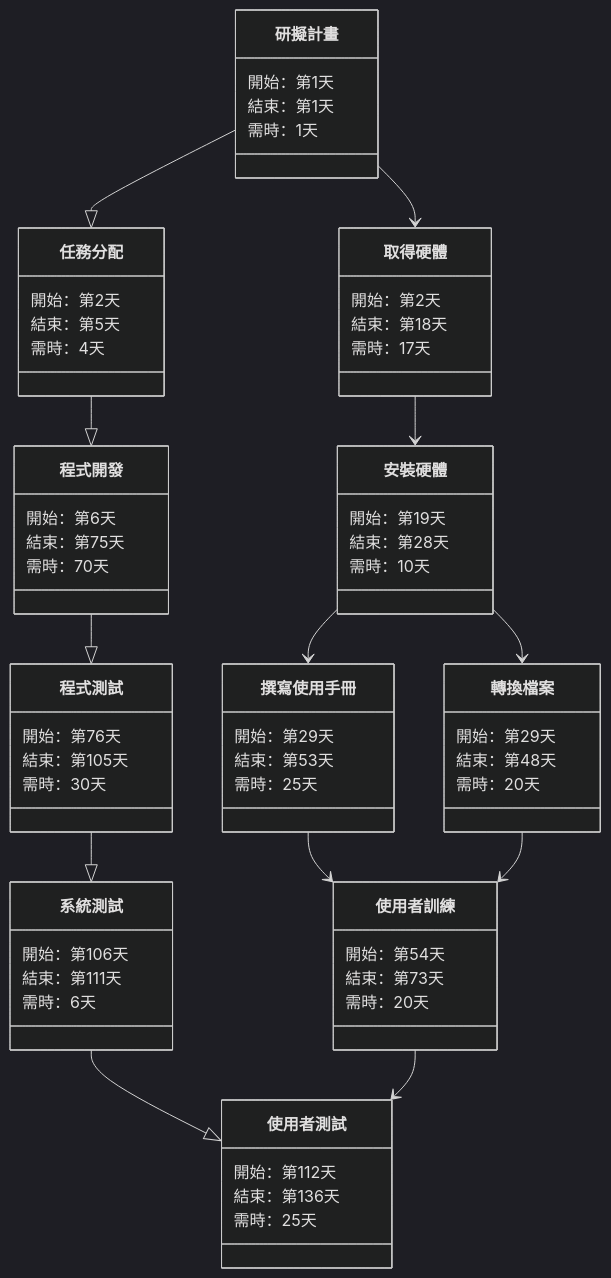
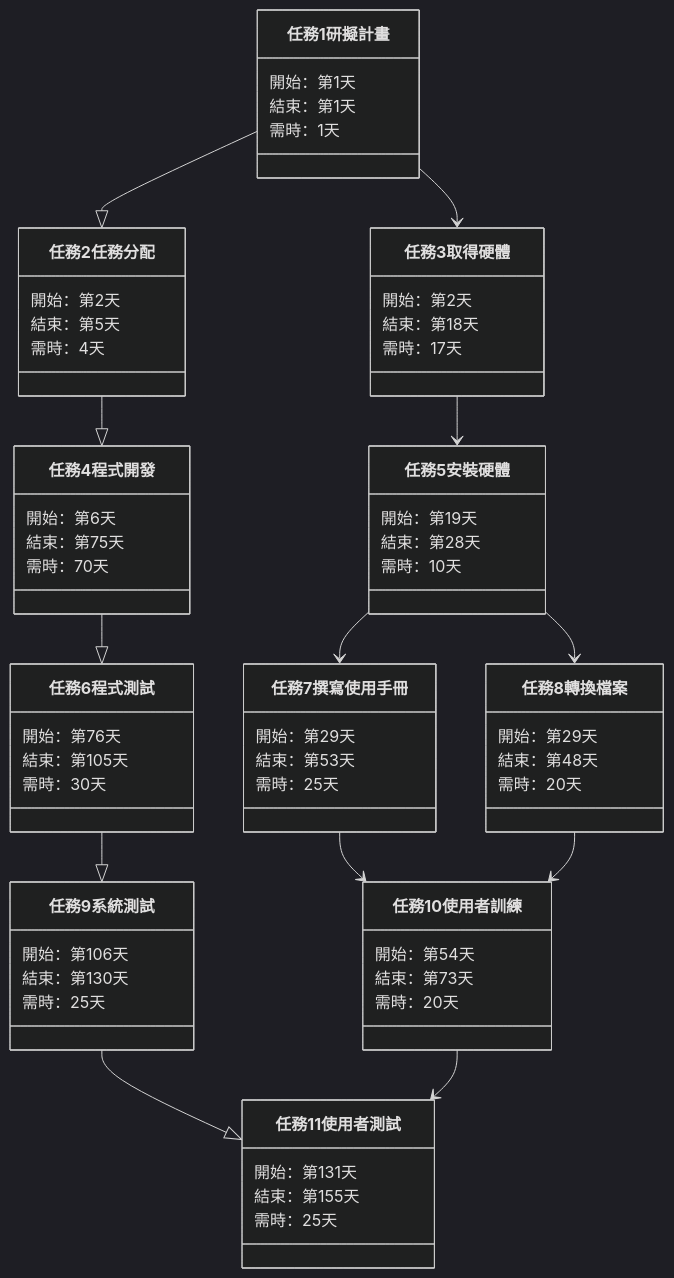
The first of 2 diagrams in hw2.md (LeoLi0807/2022-3a), drawn with Mermaid (dark theme) before and after one commit. The commit also changed other lines of this file, not shown here.

````diff
--- a/hw2.md
+++ b/hw2.md
@@ -1,60 +2,60 @@
 ```mermaid
 classDiagram
 
-研擬計畫 --|> 任務分配
-研擬計畫 --> 取得硬體
-任務分配 --|> 程式開發
-取得硬體 --> 安裝硬體
-程式開發 --|> 程式測試
-安裝硬體 --> 撰寫使用手冊
-安裝硬體 --> 轉換檔案
-程式測試 --|> 系統測試
-撰寫使用手冊 --> 使用者訓練
-轉換檔案 --> 使用者訓練
-系統測試 --|> 使用者測試
-使用者訓練 --> 使用者測試
+任務1 研擬計畫 --|> 任務2 任務分配
+任務1 研擬計畫 --> 任務3 取得硬體
+任務2 任務分配 --|> 任務4 程式開發
+任務3 取得硬體 --> 任務5 安裝硬體
+任務4 程式開發 --|> 任務6 程式測試
+任務5 安裝硬體 --> 任務7 撰寫使用手冊
+任務5 安裝硬體 --> 任務8 轉換檔案
+任務6 程式測試 --|> 任務9 系統測試
+任務7 撰寫使用手冊 --> 任務10 使用者訓練
+任務8 轉換檔案 --> 任務10 使用者訓練
+任務9 系統測試 --|> 任務11 使用者測試
+任務10 使用者訓練 --> 任務11 使用者測試
 
-研擬計畫 : 開始：第1天
-研擬計畫 : 結束：第1天
-研擬計畫 : 需時：1天
+任務1 研擬計畫 : 開始：第1天
+任務1 研擬計畫 : 結束：第1天
+任務1 研擬計畫 : 需時：1天
 
-任務分配 : 開始：第2天
-任務分配 : 結束：第5天
-任務分配 : 需時：4天
+任務2 任務分配 : 開始：第2天
+任務2 任務分配 : 結束：第5天
+任務2 任務分配 : 需時：4天
 
-取得硬體 : 開始：第2天
-取得硬體 : 結束：第18天
-取得硬體 : 需時：17天
+任務3 取得硬體 : 開始：第2天
+任務3 取得硬體 : 結束：第18天
+任務3 取得硬體 : 需時：17天
 
-程式開發 : 開始：第6天
-程式開發 : 結束：第75天
-程式開發 : 需時：70天
+任務4 程式開發 : 開始：第6天
+任務4 程式開發 : 結束：第75天
+任務4 程式開發 : 需時：70天
 
-安裝硬體 : 開始：第19天
-安裝硬體 : 結束：第28天
-安裝硬體 : 需時：10天
+任務5 安裝硬體 : 開始：第19天
+任務5 安裝硬體 : 結束：第28天
+任務5 安裝硬體 : 需時：10天
 
-程式測試 : 開始：第76天
-程式測試 : 結束：第105天
-程式測試 : 需時：30天
+任務6 程式測試 : 開始：第76天
+任務6 程式測試 : 結束：第105天
+任務6 程式測試 : 需時：30天
 
-撰寫使用手冊 : 開始：第29天
-撰寫使用手冊 : 結束：第53天
-撰寫使用手冊 : 需時：25天
+任務7 撰寫使用手冊 : 開始：第29天
+任務7 撰寫使用手冊 : 結束：第53天
+任務7 撰寫使用手冊 : 需時：25天
 
-轉換檔案 : 開始：第29天
-轉換檔案 : 結束：第48天
-轉換檔案 : 需時：20天
+任務8 轉換檔案 : 開始：第29天
+任務8 轉換檔案 : 結束：第48天
+任務8 轉換檔案 : 需時：20天
 
-系統測試 : 開始：第106天
-系統測試 : 結束：第111天
-系統測試 : 需時：6天
+任務9 系統測試 : 開始：第106天
+任務9 系統測試 : 結束：第130天
+任務9 系統測試 : 需時：25天
 
-使用者訓練 : 開始：第54天
-使用者訓練 : 結束：第73天
-使用者訓練 : 需時：20天
+任務10 使用者訓練 : 開始：第54天
+任務10 使用者訓練 : 結束：第73天
+任務10 使用者訓練 : 需時：20天
 
-使用者測試 : 開始：第112天
-使用者測試 : 結束：第136天
-使用者測試 : 需時：25天
+任務11 使用者測試 : 開始：第131天
+任務11 使用者測試 : 結束：第155天
+任務11 使用者測試 : 需時：25天
 ```
````
